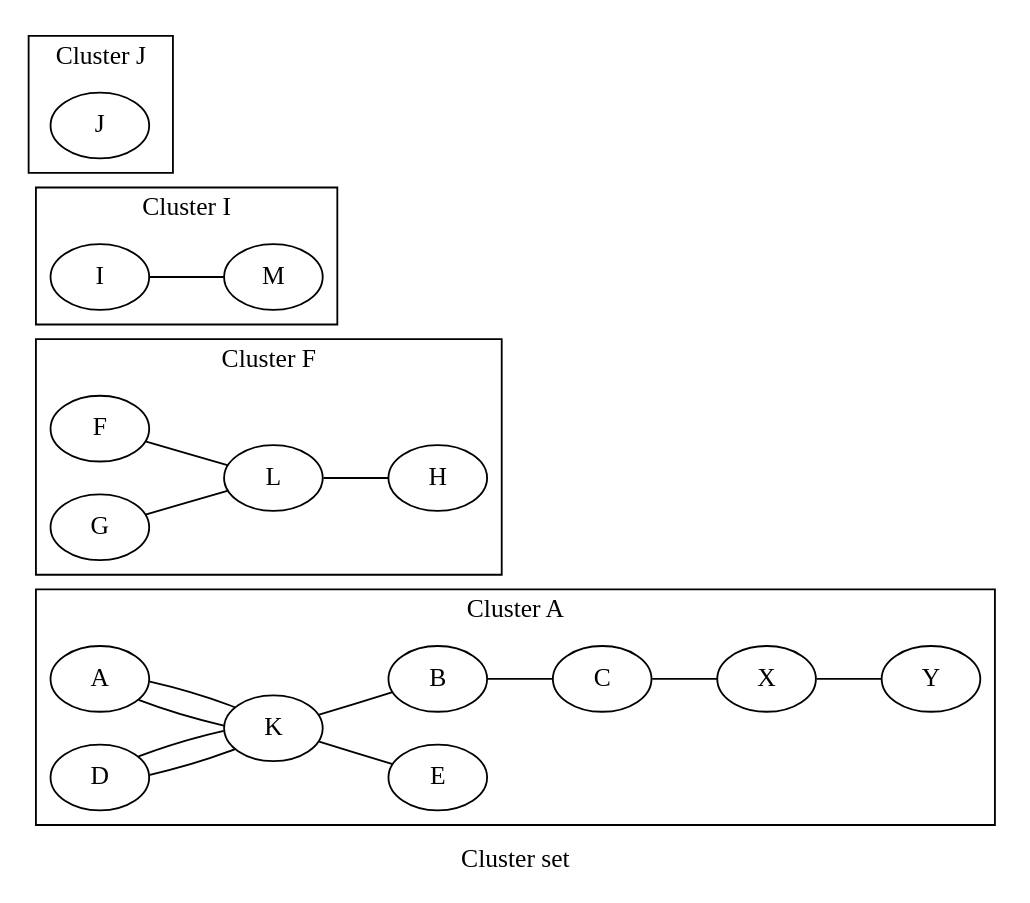
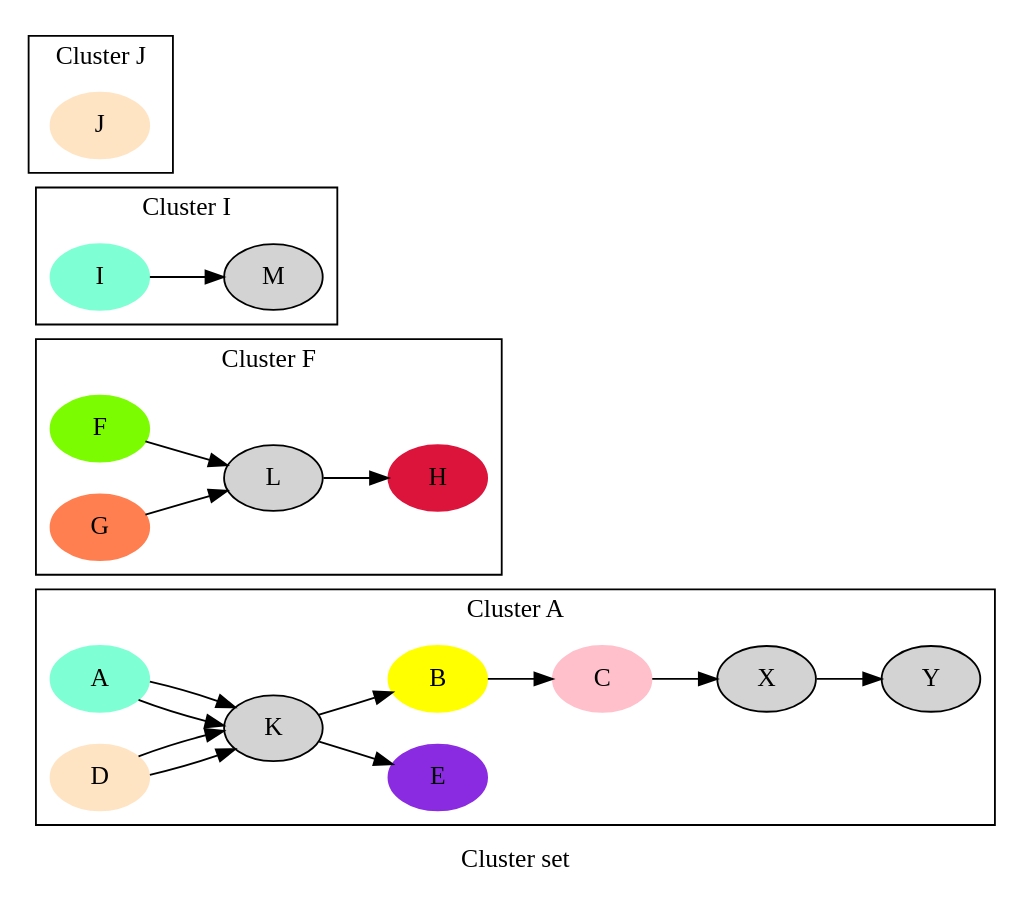
Before and after one commit to graphviz-perl/GraphViz2-Marpa-PathUtils: the diagram in data/14.clusters.out.gv, drawn with Graphviz. The commit also changed 34 other files, not shown here.

```diff
--- a/data/14.clusters.out.gv
+++ b/data/14.clusters.out.gv
@@ -1,74 +1,74 @@
-graph Perl
+digraph Perl
 {
 graph [ label="Cluster set" rankdir="LR" ]
 
 subgraph "cluster A"
 {
 graph [ label="Cluster A" rankdir="LR" ]
 
-"A"
-"K"
-"A" -- "K" [ label="" ]
-"D"
-"K"
-"D" -- "K" [ label="" ]
-"K"
-"E"
-"K" -- "E" [ label="" ]
+"A" [ color="aquamarine" shape="oval" style="filled" ]
+"K" [ shape="oval" style="filled" ]
+"A" -> "K" [ label="" ]
+"D" [ color="bisque" shape="oval" style="filled" ]
+"K" [ shape="oval" style="filled" ]
+"D" -> "K" [ label="" ]
+"K" [ shape="oval" style="filled" ]
+"E" [ color="blueviolet" shape="oval" style="filled" ]
+"K" -> "E" [ label="" ]
 }
 
 subgraph "cluster A"
 {
 graph [ label="Cluster A" rankdir="LR" ]
 
-"A"
-"K"
-"A" -- "K" [ label="" ]
-"B"
-"C"
-"B" -- "C" [ label="" ]
-"C"
-"X"
-"C" -- "X" [ label="" ]
-"D"
-"K"
-"D" -- "K" [ label="" ]
-"K"
-"B"
-"K" -- "B" [ label="" ]
-"X"
-"Y"
-"X" -- "Y" [ label="" ]
+"A" [ color="aquamarine" shape="oval" style="filled" ]
+"K" [ shape="oval" style="filled" ]
+"A" -> "K" [ label="" ]
+"B" [ color="yellow" shape="oval" style="filled" ]
+"C" [ color="pink" shape="oval" style="filled" ]
+"B" -> "C" [ label="" ]
+"C" [ color="pink" shape="oval" style="filled" ]
+"X" [ shape="oval" style="filled" ]
+"C" -> "X" [ label="" ]
+"D" [ color="bisque" shape="oval" style="filled" ]
+"K" [ shape="oval" style="filled" ]
+"D" -> "K" [ label="" ]
+"K" [ shape="oval" style="filled" ]
+"B" [ color="yellow" shape="oval" style="filled" ]
+"K" -> "B" [ label="" ]
+"X" [ shape="oval" style="filled" ]
+"Y" [ shape="oval" style="filled" ]
+"X" -> "Y" [ label="" ]
 }
 
 subgraph "cluster F"
 {
 graph [ label="Cluster F" rankdir="LR" ]
 
-"F"
-"L"
-"F" -- "L" [ label="" ]
-"G"
-"L"
-"G" -- "L" [ label="" ]
-"L"
-"H"
-"L" -- "H" [ label="" ]
+"F" [ color="lawngreen" shape="oval" style="filled" ]
+"L" [ shape="oval" style="filled" ]
+"F" -> "L" [ label="" ]
+"G" [ color="coral" shape="oval" style="filled" ]
+"L" [ shape="oval" style="filled" ]
+"G" -> "L" [ label="" ]
+"L" [ shape="oval" style="filled" ]
+"H" [ color="crimson" shape="oval" style="filled" ]
+"L" -> "H" [ label="" ]
 }
 
 subgraph "cluster I"
 {
 graph [ label="Cluster I" rankdir="LR" ]
 
-"I"
-"M"
-"I" -- "M" [ label="" ]
+"I" [ color="aquamarine" shape="oval" style="filled" ]
+"M" [ shape="oval" style="filled" ]
+"I" -> "M" [ label="" ]
 }
 
 subgraph "cluster J"
 {
 graph [ label="Cluster J" rankdir="LR" ]
 
-"J"
+"J" [ color="bisque" shape="oval" style="filled" ]
 }
 }
```
